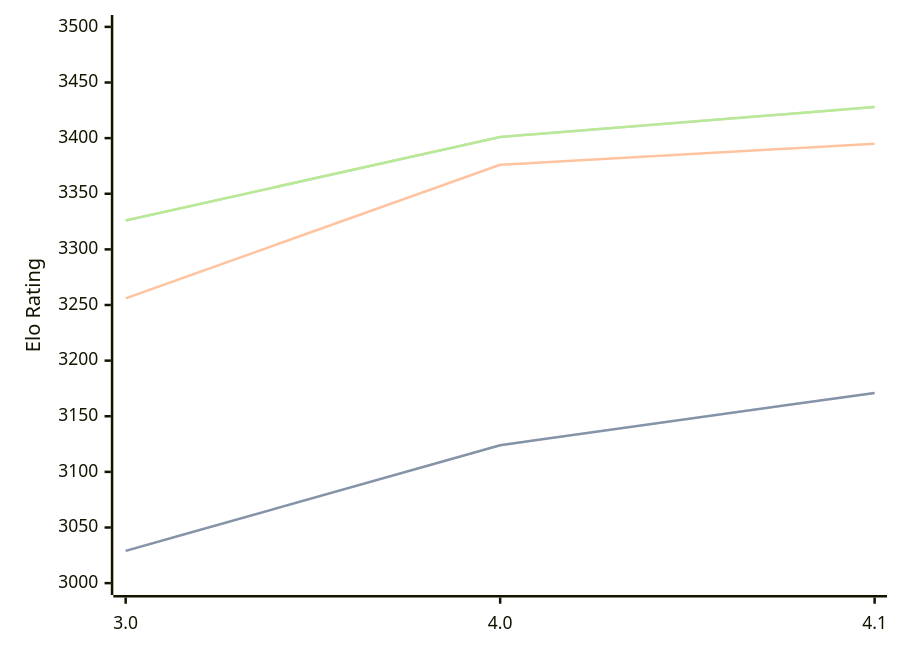
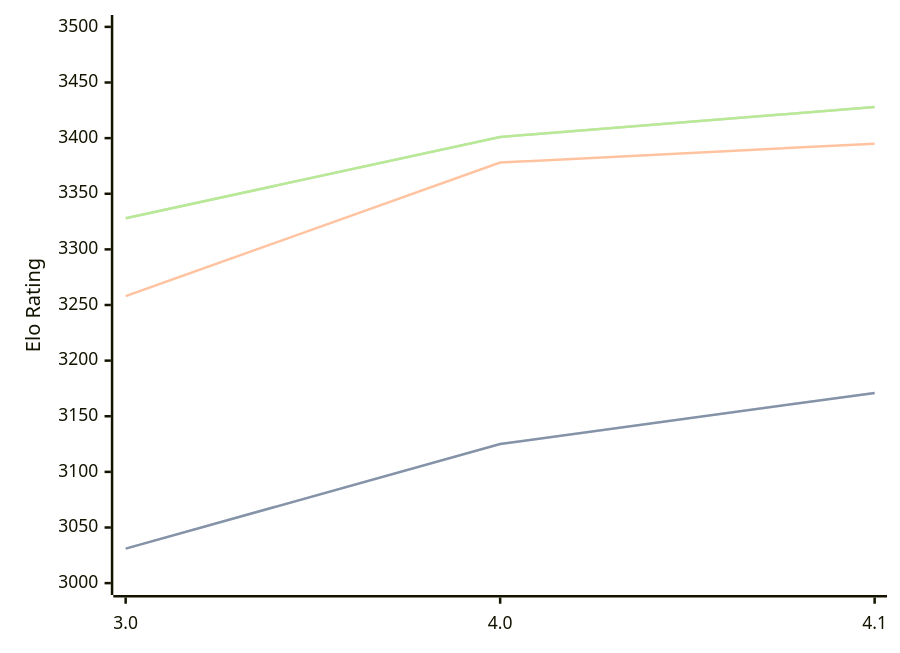
Before and after one commit to computer-chess-index/cci: the diagram in engines/Eleanor.md, drawn with Mermaid. The commit also changed other lines of this file, not shown here.

Commit message:
Update CCI Ratings (ELO VLTC) - 2026-09-13

````diff
--- a/engines/Eleanor.md
+++ b/engines/Eleanor.md
@@ -33,11 +33,11 @@
 ```mermaid
 %%{init: {"theme":"base","themeVariables":{"seriesColors:['#a3a3a3','#222221','#faa371']}}}%%
 xychart-beta
   x-axis ["3.0", "4.0", "4.1"]
   y-axis "Elo Rating" 3000 --> 3500
-  line "" [3029, 3124, 3171]
-  line "STC (8.0+0.08s)" [3029, 3124, 3171]
-  line "LTC (60.0+0.60s)" [3256, 3376, 3395]
-  line "" [3326, 3401, 3428]
-  line "VLTC (2m24s+1.12s)" [3326, 3401, 3428]
+  line "" [3031, 3125, 3171]
+  line "STC (8.0+0.08s)" [3031, 3125, 3171]
+  line "LTC (60.0+0.60s)" [3258, 3378, 3395]
+  line "" [3328, 3401, 3428]
+  line "VLTC (2m24s+1.12s)" [3328, 3401, 3428]
 ```
````
